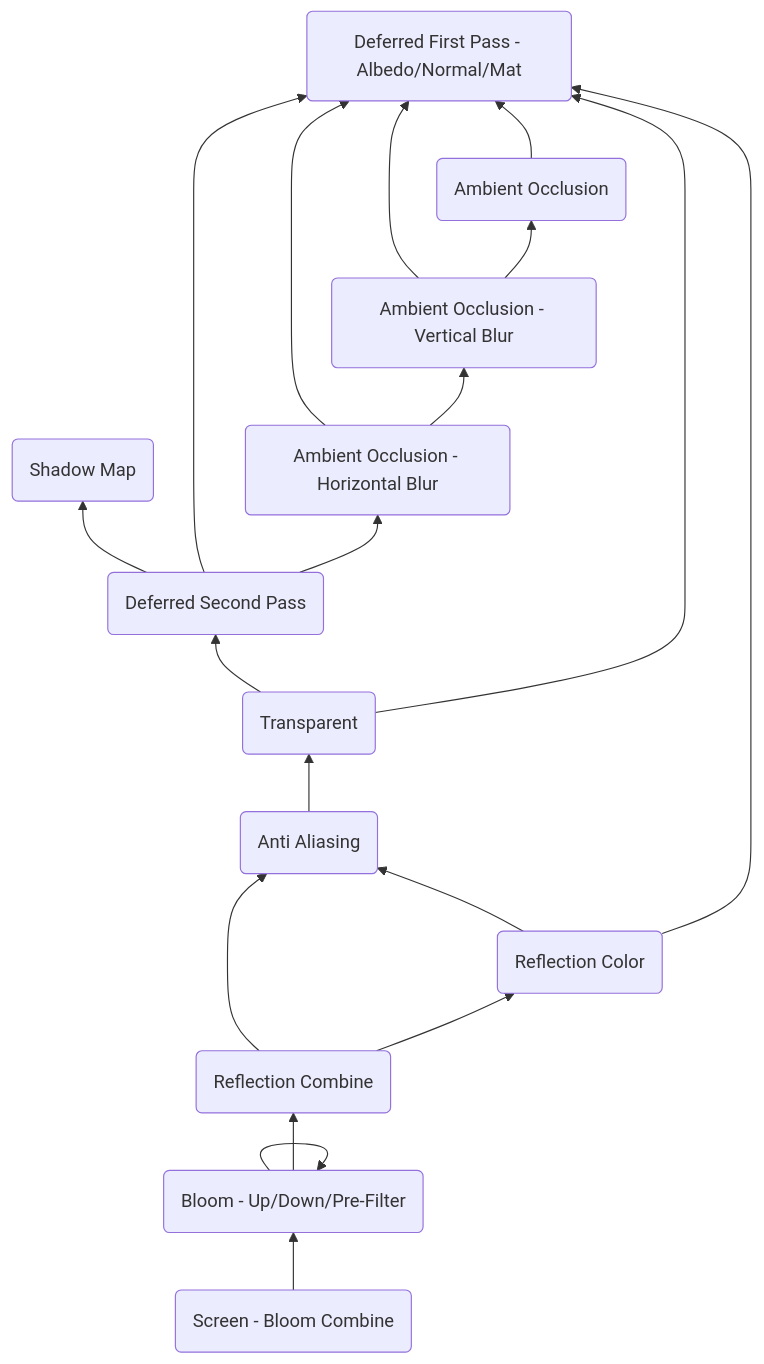
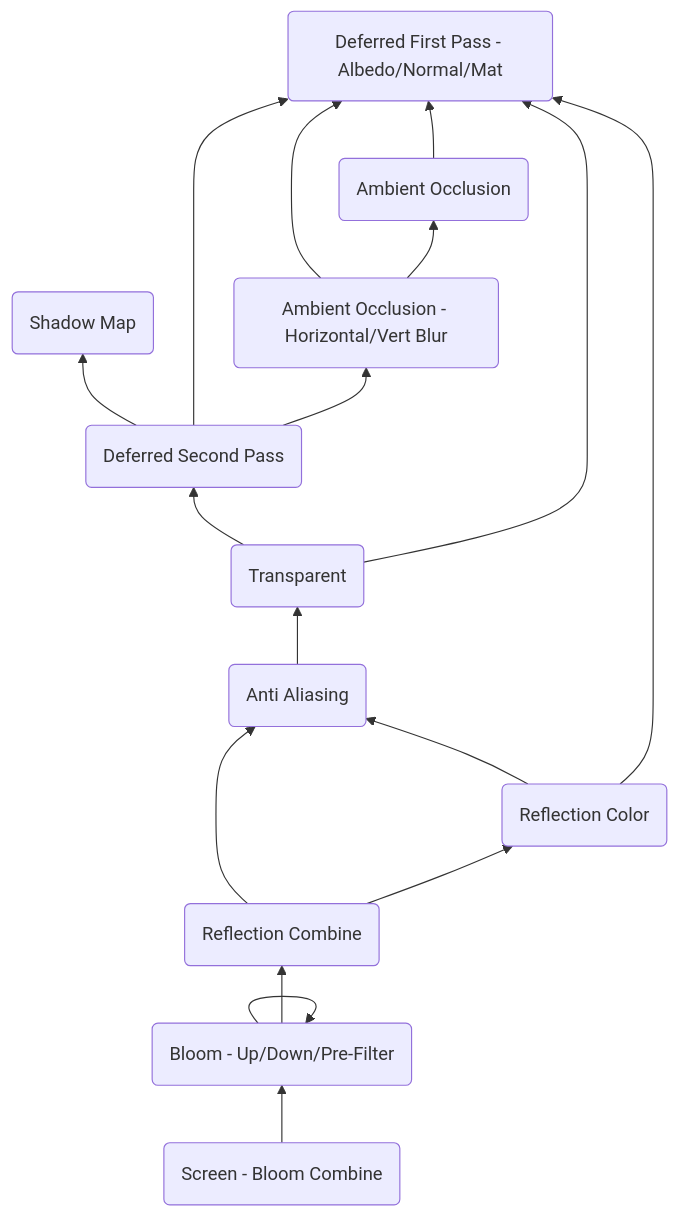
The diagram in 3dEngine/docs/DependencyGraph.md (petitg1987/urchinEngine), drawn with Mermaid before and after one commit. The commit also changed 7 other files, not shown here.

````diff
--- a/3dEngine/docs/DependencyGraph.md
+++ b/3dEngine/docs/DependencyGraph.md
@@ -3,21 +3,19 @@
 ```mermaid
 graph BT
     Screen(Screen - Bloom Combine) --> Bloom(Bloom - Up/Down/Pre-Filter)
     Bloom --> Bloom
     Bloom --> ReflectionCombine(Reflection Combine)
     ReflectionCombine --> AntiAliasing(Anti Aliasing)
     ReflectionCombine --> ReflectionColor(Reflection Color)
     ReflectionColor --> AntiAliasing(Anti Aliasing)
     ReflectionColor --> DeferredFirstPass(Deferred First Pass - Albedo/Normal/Mat)
     AntiAliasing --> Transparent(Transparent)
     Transparent --> DeferredSecondPass(Deferred Second Pass)
     DeferredSecondPass --> ShadowMap(Shadow Map)
     DeferredSecondPass --> DeferredFirstPass
     Transparent --> DeferredFirstPass
-    DeferredSecondPass --> AmbientOcclusionHor(Ambient Occlusion - Horizontal Blur)
-    AmbientOcclusionHor --> DeferredFirstPass
-    AmbientOcclusionHor --> AmbientOcclusionVert(Ambient Occlusion - Vertical Blur)
-    AmbientOcclusionVert --> DeferredFirstPass
-    AmbientOcclusionVert --> AmbientOcclusion(Ambient Occlusion)
+    DeferredSecondPass --> AmbientOcclusionBlur(Ambient Occlusion - Horizontal/Vert Blur)
+    AmbientOcclusionBlur --> DeferredFirstPass
+    AmbientOcclusionBlur --> AmbientOcclusion(Ambient Occlusion)
     AmbientOcclusion --> DeferredFirstPass
 ```
````
